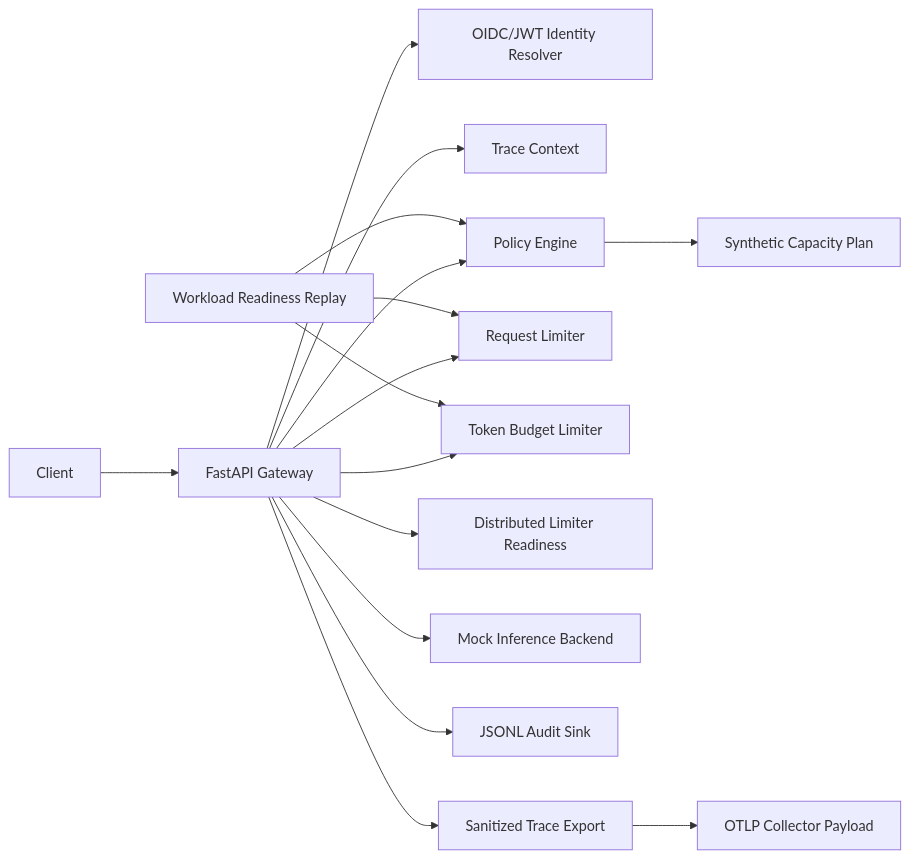
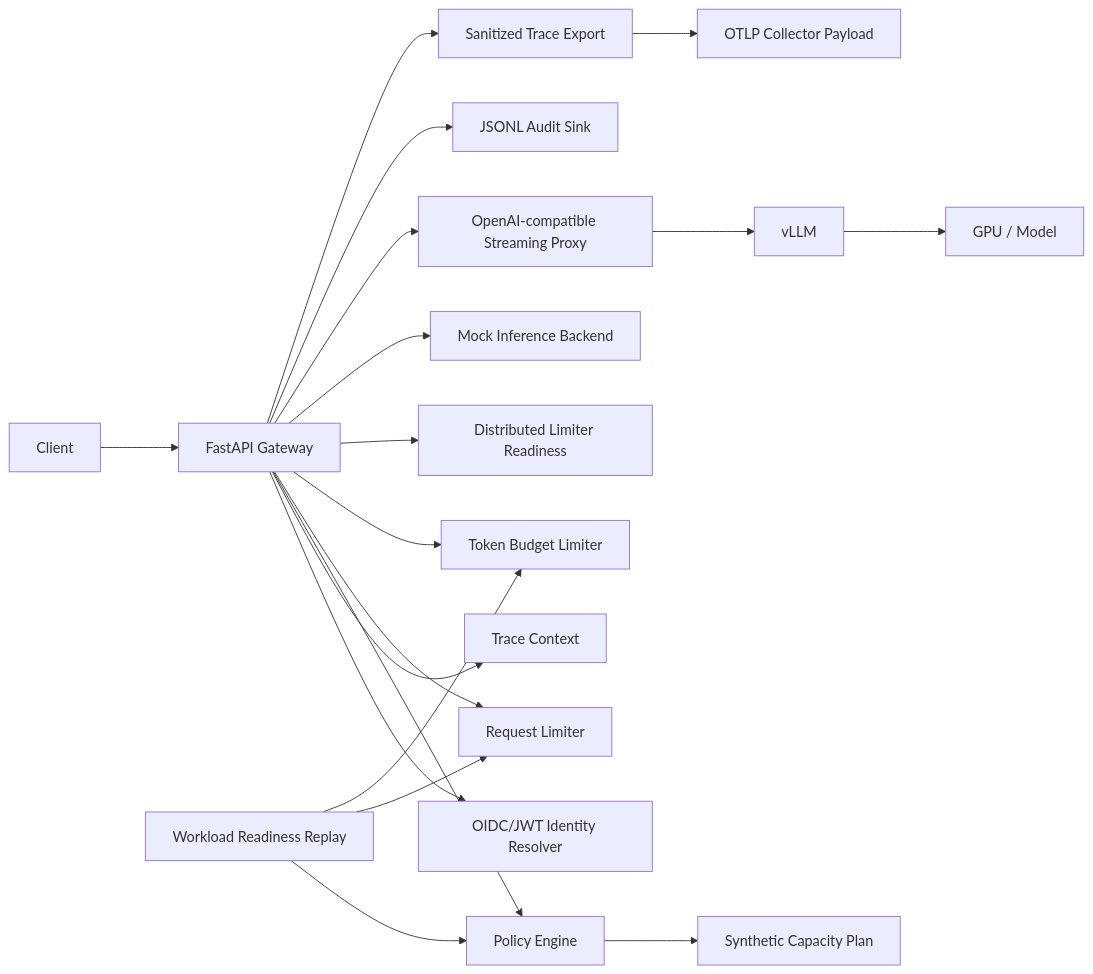
The diagram in ARCHITECTURE.md (WaffleBits/secure-gpu-inference-gateway), drawn with Mermaid before and after one commit. The commit also changed other lines of this file and 262 other files, not shown here.

````diff
--- a/ARCHITECTURE.md
+++ b/ARCHITECTURE.md
@@ -3,18 +3,21 @@
 ```mermaid
 flowchart LR
     Client["Client"] --> API["FastAPI Gateway"]
     API --> Identity["OIDC/JWT Identity Resolver"]
     API --> Trace["Trace Context"]
     API --> Policy["Policy Engine"]
     API --> Limiter["Request Limiter"]
     API --> TokenBudget["Token Budget Limiter"]
     API --> DistLimit["Distributed Limiter Readiness"]
     API --> Model["Mock Inference Backend"]
+    API --> Proxy["OpenAI-compatible Streaming Proxy"]
+    Proxy --> Vllm["vLLM"]
+    Vllm --> GPU["GPU / Model"]
     API --> Audit["JSONL Audit Sink"]
     API --> TraceExport["Sanitized Trace Export"]
     TraceExport --> Otlp["OTLP Collector Payload"]
     Policy --> Capacity["Synthetic Capacity Plan"]
     Replay["Workload Readiness Replay"] --> Policy
     Replay --> Limiter
     Replay --> TokenBudget
 ```
````
